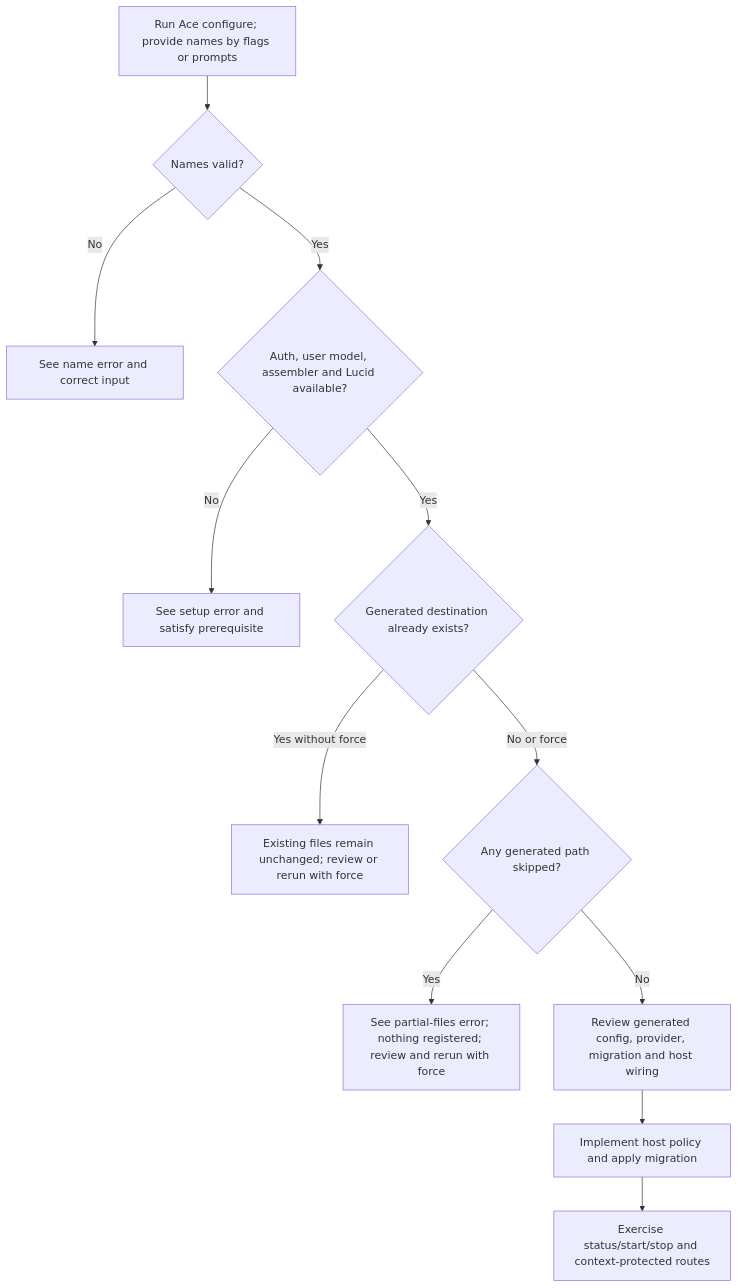
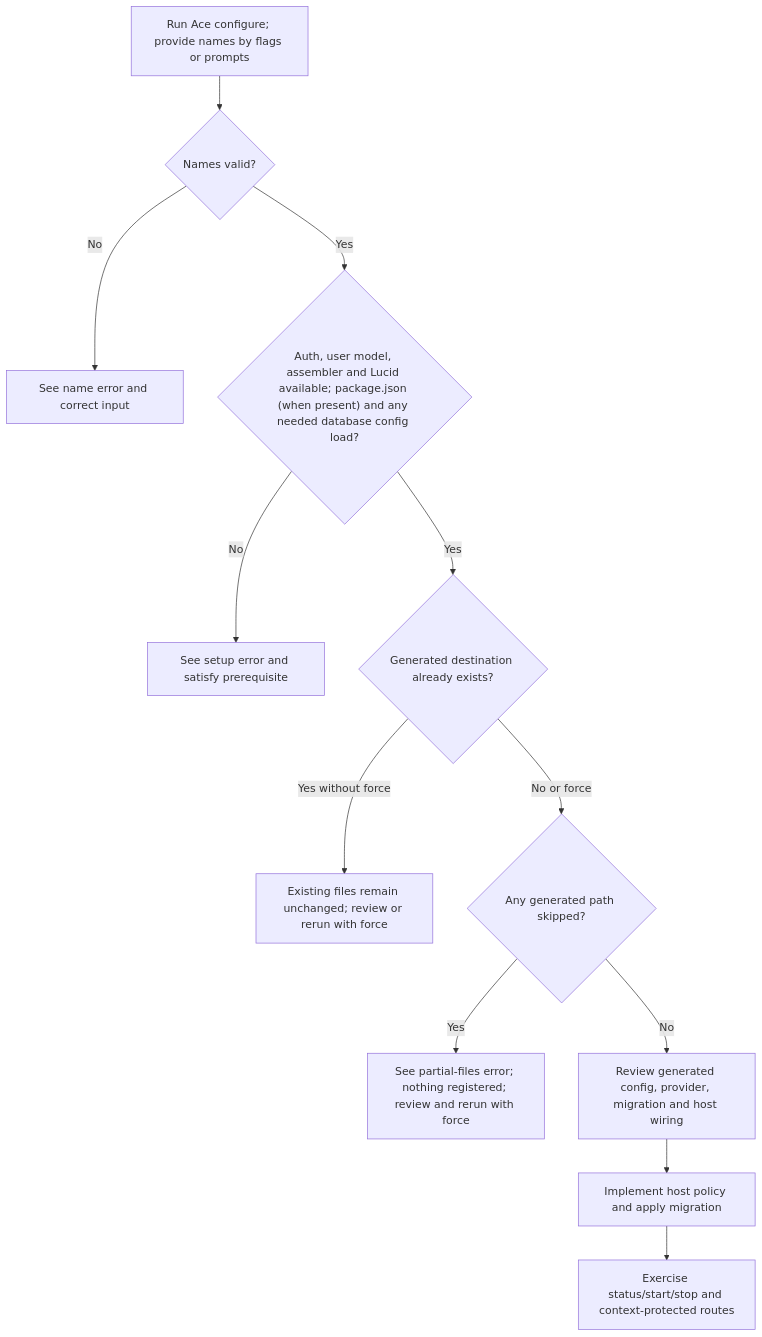
The first of 2 diagrams in user-stories/configure-masquerade/us-setup-01-configure-masquerade.md (Kevinjohn/oss-adonisjs-masquerade), drawn with Mermaid before and after one commit. The commit also changed other lines of this file, not shown here.

First line of the commit message:
documentation: record configure's package.json and database config failures

````diff
--- a/user-stories/configure-masquerade/us-setup-01-configure-masquerade.md
+++ b/user-stories/configure-masquerade/us-setup-01-configure-masquerade.md
@@ -29,14 +29,14 @@
 ```mermaid
 flowchart TD
     A["Run Ace configure; provide names by flags or prompts"] --> N{"Names valid?"}
     N -->|No| O["See name error and correct input"]
-    N -->|Yes| B{"Auth, user model, assembler and Lucid available?"}
+    N -->|Yes| B{"Auth, user model, assembler and Lucid available; package.json (when present) and any needed database config load?"}
     B -->|No| C["See setup error and satisfy prerequisite"]
     B -->|Yes| D{"Generated destination already exists?"}
     D -->|Yes without force| E["Existing files remain unchanged; review or rerun with force"]
     D -->|No or force| S{"Any generated path skipped?"}
     S -->|Yes| T["See partial-files error; nothing registered; review and rerun with force"]
     S -->|No| F["Review generated config, provider, migration and host wiring"]
     F --> G["Implement host policy and apply migration"]
     G --> H["Exercise status/start/stop and context-protected routes"]
 ```
````
